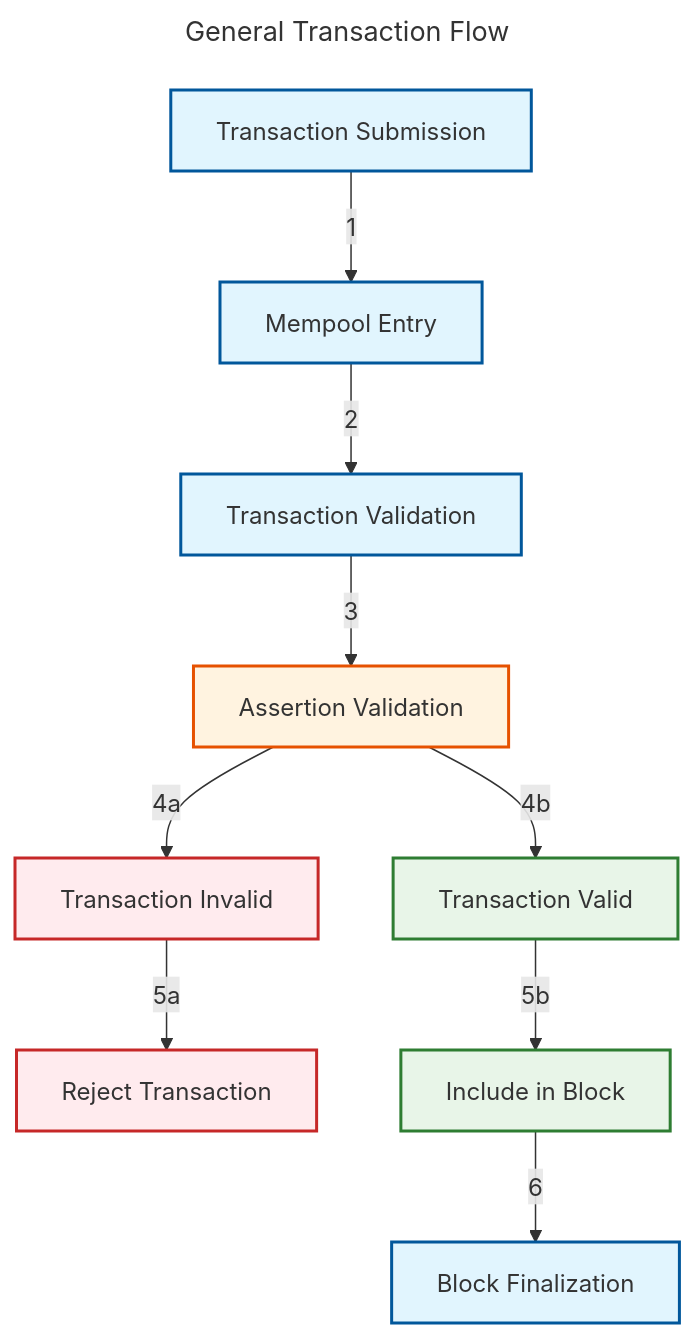
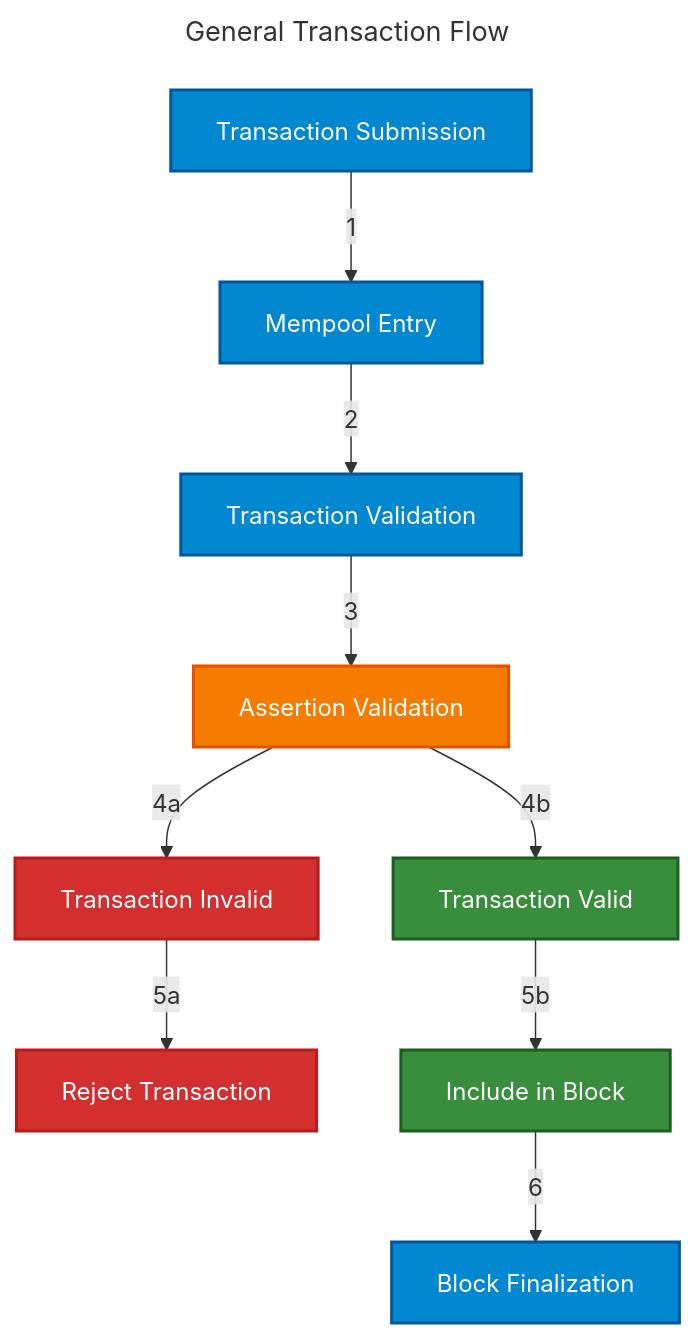
The first of 3 diagrams in credible/credible-introduction.mdx (phylaxsystems/phylax-docs), drawn with Mermaid before and after one commit. The commit also changed other lines of this file and 2 other files, not shown here.

Commit message:
update color highlight for theme to phylax blue, fix colors of mermaid diagrams to work in light and dark mode

````diff
--- a/credible/credible-introduction.mdx
+++ b/credible/credible-introduction.mdx
@@ -85,28 +85,28 @@
 ```mermaid
 ---
 title: General Transaction Flow
 ---
 flowchart TD
     TX["Transaction Submission"] -->|"1"| MP["Mempool Entry"]
     MP -->|"2"| TV["Transaction Validation"]
 
     TV -->|"3"| AV["Assertion Validation"]
 
     AV -->|"4a"| INVALID["Transaction Invalid"]
     AV -->|"4b"| VALID["Transaction Valid"]
 
     INVALID -->|"5a"| REJECT["Reject Transaction"]
     VALID -->|"5b"| INCLUDE["Include in Block"]
 
     INCLUDE -->|"6"| FINAL["Block Finalization"]
 
-    classDef step fill:#e1f5fe,stroke:#01579b,stroke-width:2px
-    classDef validation fill:#fff3e0,stroke:#e65100,stroke-width:2px
-    classDef valid fill:#e8f5e8,stroke:#2e7d32,stroke-width:2px
-    classDef invalid fill:#ffebee,stroke:#c62828,stroke-width:2px
+    classDef step fill:#0288d1,stroke:#01579b,stroke-width:2px,color:#fff
+    classDef validation fill:#f57c00,stroke:#e65100,stroke-width:2px,color:#fff
+    classDef valid fill:#388e3c,stroke:#1b5e20,stroke-width:2px,color:#fff
+    classDef invalid fill:#d32f2f,stroke:#b71c1c,stroke-width:2px,color:#fff
 
     class TX,MP,TV,FINAL step
     class AV validation
     class VALID,INCLUDE valid
     class INVALID,REJECT invalid
 ```
````
